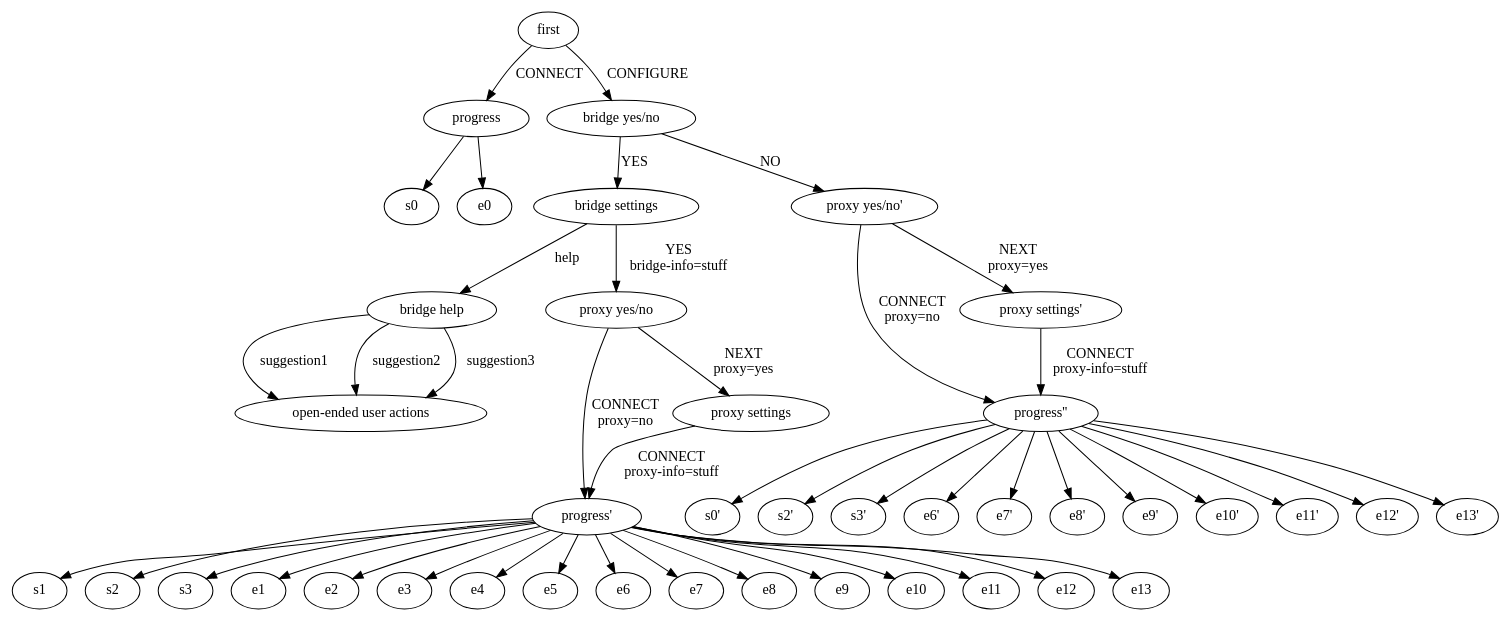
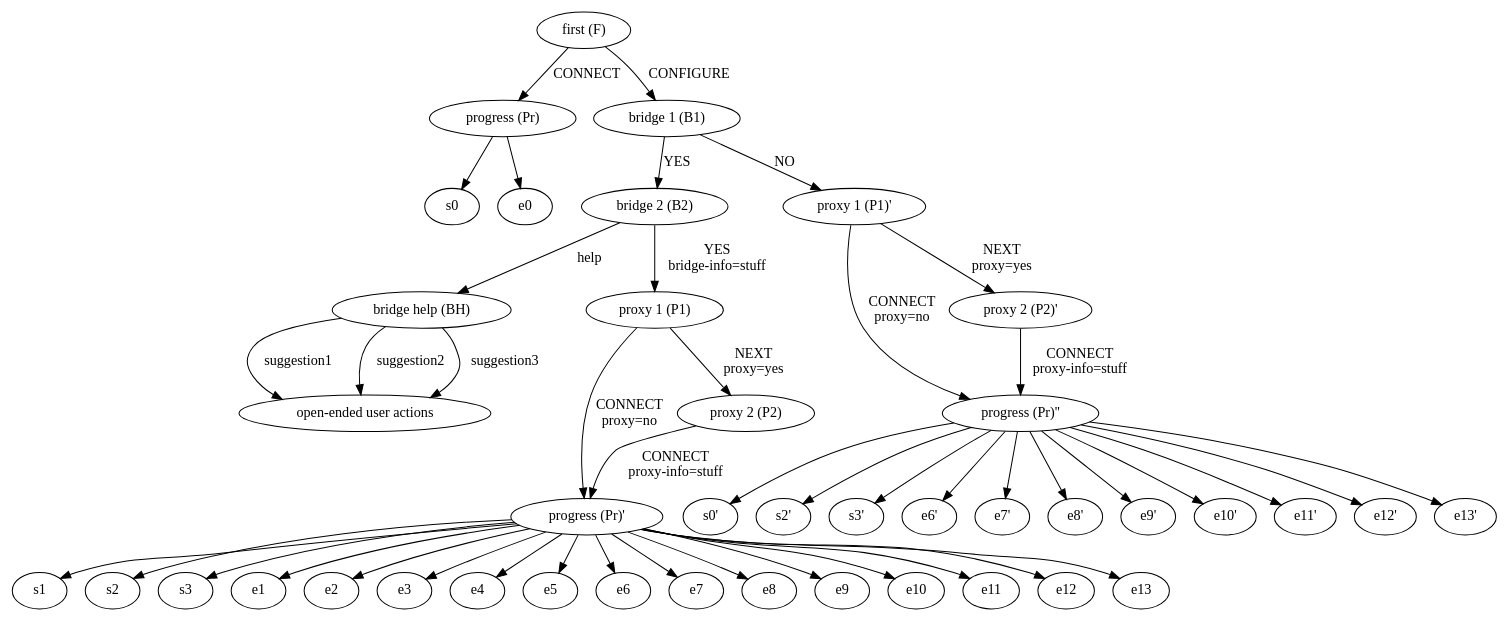
Before and after one commit to lindanlee/PETS2017-paper: the diagram in torconfig.dot, drawn with Graphviz.

Commit message:
Make the labels in torconfig.dot match the names we use elsewhere.

```diff
--- a/torconfig.dot
+++ b/torconfig.dot
@@ -1,64 +1,77 @@
 digraph torconfig {
-	#"first" -> q0 [label=quit];
-	"first" -> "progress" [label=CONNECT];
-	#"progress" -> "first" [label=cancel];
-	#"progress" -> "progress" [label="timeout?!"];
-	"progress" -> "s0"; #no bridge no proxy connection
-	"progress" -> "e0"; #need a bridge or proxy
-	"first" -> "bridge yes/no" [label=CONFIGURE];
-	#"bridge yes/no" -> q1 [label=quit];
-	"bridge yes/no" -> "bridge settings" [label=YES];
-	#"bridge settings" -> "bridge yes/no" [label=back];
-	#"bridge settings" -> q2 [label=quit];
-	"bridge settings" -> "bridge help" [label=help];
-	#"bridge help" -> "bridge settings" [label=done];
-	"bridge help" -> "open-ended user actions" [label=suggestion1];
-	"bridge help" -> "open-ended user actions" [label=suggestion2];
-	"bridge help" -> "open-ended user actions" [label=suggestion3];
-	"bridge yes/no" -> "proxy yes/no'" [label=NO];
-	"bridge settings" -> "proxy yes/no" [label="YES\nbridge-info=stuff"];
+	"F" [label="first (F)"];
+	"Pr" [label="progress (Pr)"];
+	"Pr'" [label="progress (Pr)'"];
+	"Pr''" [label="progress (Pr)''"];
+	"B1" [label="bridge 1 (B1)"];
+	"B2" [label="bridge 2 (B2)"];
+	"BH" [label="bridge help (BH)"];
+	"P1" [label="proxy 1 (P1)"];
+	"P1'" [label="proxy 1 (P1)'"];
+	"P2" [label="proxy 2 (P2)"];
+	"P2'" [label="proxy 2 (P2)'"];
+	"open-ended" [label="open-ended user actions"];
+
+	#"F" -> q0 [label=quit];
+	"F" -> "Pr" [label=CONNECT];
+	#"Pr" -> "F" [label=cancel];
+	#"Pr" -> "Pr" [label="timeout?!"];
+	"Pr" -> "s0"; #no bridge no proxy connection
+	"Pr" -> "e0"; #need a bridge or proxy
+	"F" -> "B1" [label=CONFIGURE];
+	#"B1" -> q1 [label=quit];
+	"B1" -> "B2" [label=YES];
+	#"B2" -> "B1" [label=back];
+	#"B2" -> q2 [label=quit];
+	"B2" -> "BH" [label=help];
+	#"BH" -> "B2" [label=done];
+	"BH" -> "open-ended" [label=suggestion1];
+	"BH" -> "open-ended" [label=suggestion2];
+	"BH" -> "open-ended" [label=suggestion3];
+	"B1" -> "P1'" [label=NO];
+	"B2" -> "P1" [label="YES\nbridge-info=stuff"];
 	#####################################################################################################
-	#"proxy yes/no" -> "bridge yes/no" [label="back\nbridge=no"];
-	#"proxy yes/no" -> "bridge settings" [label="back\nbridge=yes"];
-	#"proxy yes/no" -> q3 [label=quit];
-	"proxy yes/no" -> "progress'" [label="CONNECT\nproxy=no"];
-	"progress'" -> "s1"; #bridge no proxy connection 
-	"progress'" -> "s2"; #selected proxy type, good address syntax, good ip address, blank port
-	"progress'" -> "s3"; #selected proxy type, good address syntax, good ip address, good port
-	"progress'" -> "e1"; #bridge blocked in country
-	"progress'" -> "e2"; #unspecified bridges
-	"progress'" -> "e3"; #bridge syntax error
-	"progress'" -> "e4"; #custom bridge: good syntax, bad ip address
-	"progress'" -> "e5"; #custom bridge blocked
-	"proxy yes/no" -> "proxy settings" [label="NEXT\nproxy=yes"];	
-	#"proxy settings" -> "proxy yes/no" [label="back\nproxy=yes"];
-	#"proxy settings" -> q4 [label=quit];
-	"proxy settings" -> "progress'" [label="CONNECT\nproxy-info=stuff"];
-	"progress'" -> "e6"; #blank proxy input
-	"progress'" -> "e7"; #no proxy type
-	"progress'" -> "e8"; #selected proxy type, bad address syntax
-	"progress'" -> "e9"; #selected proxy type, good address syntax, bad ip address, blank port
-	"progress'" -> "e10"; #selected proxy type, good address syntax, bad ip address, good port
-	"progress'" -> "e11"; #selected proxy type, good address syntax, bad ip address, bad port
-	"progress'" -> "e12"; #selected proxy type, good address syntax, good ip address, bad port
-	"progress'" -> "e13"; #selected proxy type, good address syntax, good ip address, blank port
+	#"P1" -> "B1" [label="back\nbridge=no"];
+	#"P1" -> "B2" [label="back\nbridge=yes"];
+	#"P1" -> q3 [label=quit];
+	"P1" -> "Pr'" [label="CONNECT\nproxy=no"];
+	"Pr'" -> "s1"; #bridge no proxy connection 
+	"Pr'" -> "s2"; #selected proxy type, good address syntax, good ip address, blank port
+	"Pr'" -> "s3"; #selected proxy type, good address syntax, good ip address, good port
+	"Pr'" -> "e1"; #bridge blocked in country
+	"Pr'" -> "e2"; #unspecified bridges
+	"Pr'" -> "e3"; #bridge syntax error
+	"Pr'" -> "e4"; #custom bridge: good syntax, bad ip address
+	"Pr'" -> "e5"; #custom bridge blocked
+	"P1" -> "P2" [label="NEXT\nproxy=yes"];	
+	#"P2" -> "P1" [label="back\nproxy=yes"];
+	#"P2" -> q4 [label=quit];
+	"P2" -> "Pr'" [label="CONNECT\nproxy-info=stuff"];
+	"Pr'" -> "e6"; #blank proxy input
+	"Pr'" -> "e7"; #no proxy type
+	"Pr'" -> "e8"; #selected proxy type, bad address syntax
+	"Pr'" -> "e9"; #selected proxy type, good address syntax, bad ip address, blank port
+	"Pr'" -> "e10"; #selected proxy type, good address syntax, bad ip address, good port
+	"Pr'" -> "e11"; #selected proxy type, good address syntax, bad ip address, bad port
+	"Pr'" -> "e12"; #selected proxy type, good address syntax, good ip address, bad port
+	"Pr'" -> "e13"; #selected proxy type, good address syntax, good ip address, blank port
 	#####################################################################################################
-	#"proxy yes/no'" -> "bridge yes/no" [label="back\nbridge=no"];
-	#"proxy yes/no'" -> "q3'" [label=quit];
-	"proxy yes/no'" -> "progress''" [label="CONNECT\nproxy=no"];
-	"progress''" -> "s0'"; #no bridge no rpoxy connection 
-	"progress''" -> "s2'"; #selected proxy type, good address syntax, good ip address, blank port
-	"progress''" -> "s3'"; #selected proxy type, good address syntax, good ip address, good port
-	"proxy yes/no'" -> "proxy settings'" [label="NEXT\nproxy=yes"];	
-	#"proxy settings'" -> "proxy yes/no'" [label="back\nproxy=yes"];
-	#"proxy settings'" -> "q4'" [label=quit];
-	"proxy settings'" -> "progress''" [label="CONNECT\nproxy-info=stuff"];
-	"progress''" -> "e6'"; #blank proxy input
-	"progress''" -> "e7'"; #no proxy type
-	"progress''" -> "e8'"; #selected proxy type, bad adddress syntax
-	"progress''" -> "e9'"; #selected proxy type, good address syntax, bad ip address, blank port
-	"progress''" -> "e10'"; #selected proxy type, good address syntax, bad ip address, good port
-	"progress''" -> "e11'"; #selected proxy type, good address syntax, bad ip address, bad port
-	"progress''" -> "e12'"; #selected proxy type, good address syntax, good ip address, bad port
-	"progress''" -> "e13'"; #selected proxy type, good address syntax, good ip address, blank port
+	#"P1'" -> "B1" [label="back\nbridge=no"];
+	#"P1'" -> "q3'" [label=quit];
+	"P1'" -> "Pr''" [label="CONNECT\nproxy=no"];
+	"Pr''" -> "s0'"; #no bridge no rpoxy connection 
+	"Pr''" -> "s2'"; #selected proxy type, good address syntax, good ip address, blank port
+	"Pr''" -> "s3'"; #selected proxy type, good address syntax, good ip address, good port
+	"P1'" -> "P2'" [label="NEXT\nproxy=yes"];	
+	#"P2'" -> "P1'" [label="back\nproxy=yes"];
+	#"P2'" -> "q4'" [label=quit];
+	"P2'" -> "Pr''" [label="CONNECT\nproxy-info=stuff"];
+	"Pr''" -> "e6'"; #blank proxy input
+	"Pr''" -> "e7'"; #no proxy type
+	"Pr''" -> "e8'"; #selected proxy type, bad adddress syntax
+	"Pr''" -> "e9'"; #selected proxy type, good address syntax, bad ip address, blank port
+	"Pr''" -> "e10'"; #selected proxy type, good address syntax, bad ip address, good port
+	"Pr''" -> "e11'"; #selected proxy type, good address syntax, bad ip address, bad port
+	"Pr''" -> "e12'"; #selected proxy type, good address syntax, good ip address, bad port
+	"Pr''" -> "e13'"; #selected proxy type, good address syntax, good ip address, blank port
 }
```
